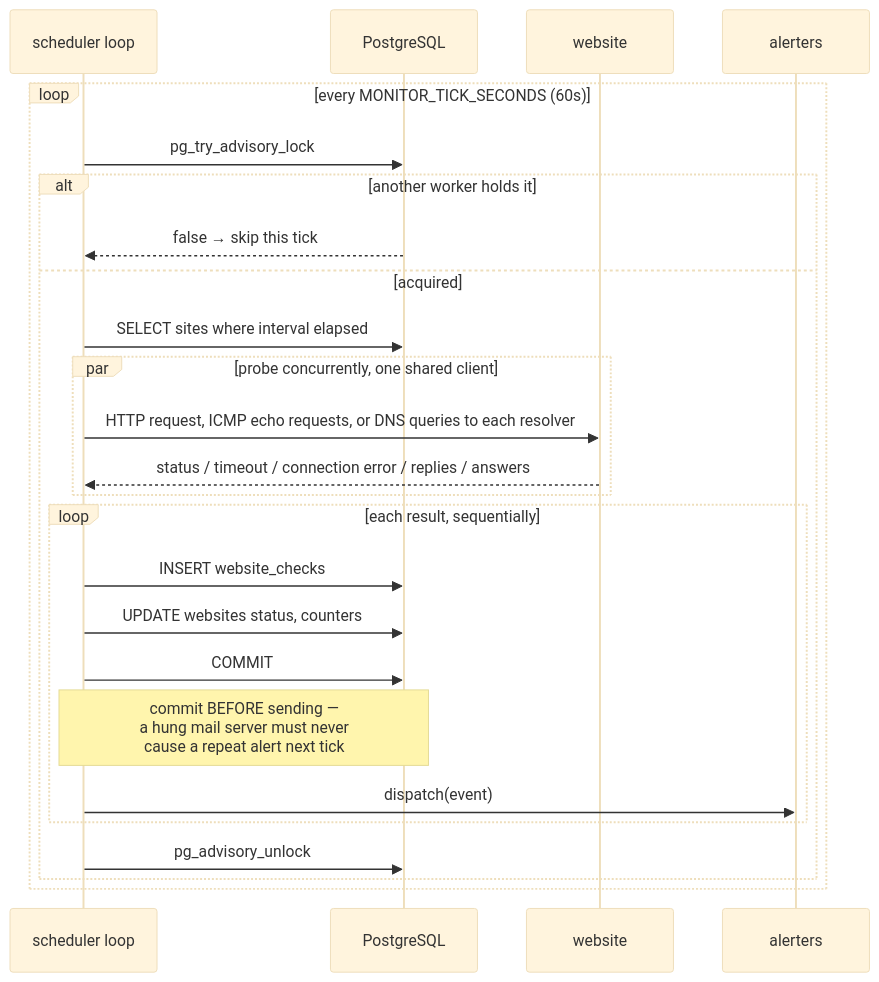
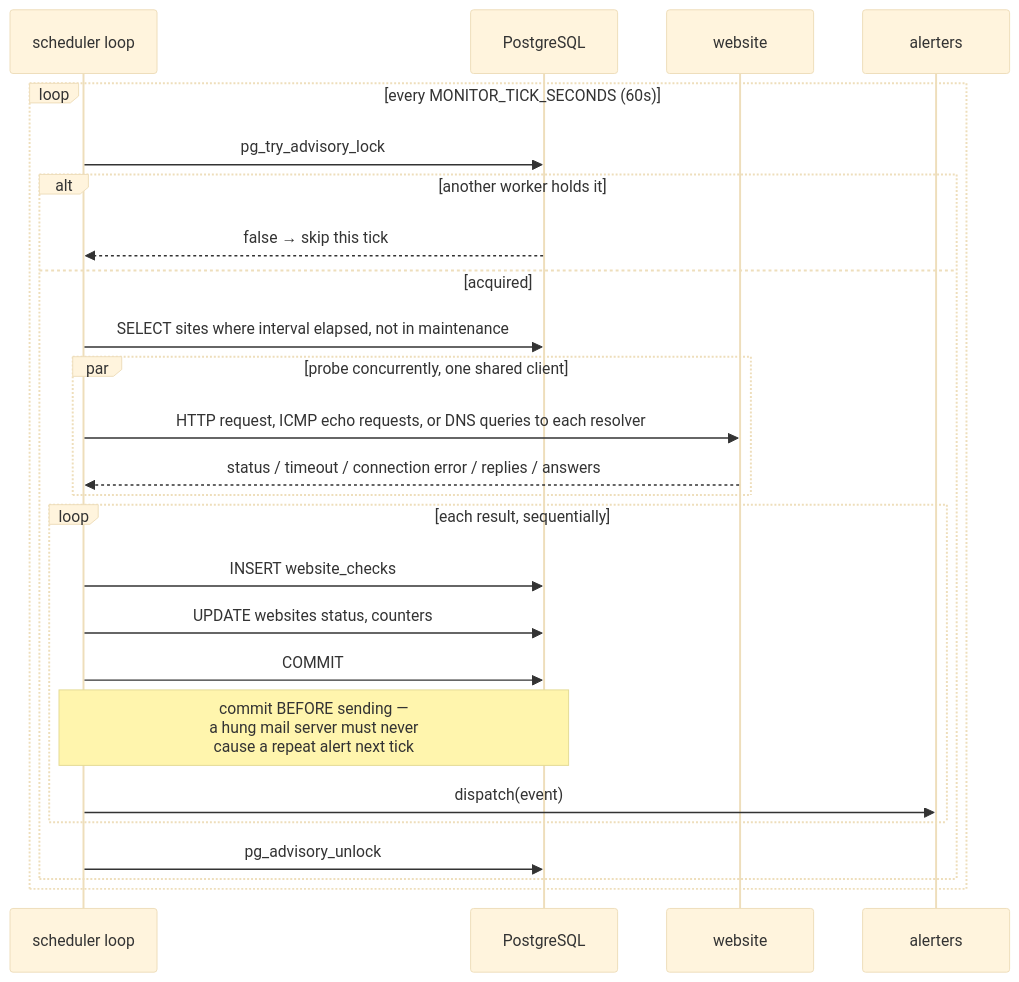
Before and after one commit to TahjibNil75/watchly: the fourth of 6 diagrams in doc/hld.md, drawn with Mermaid (base theme). The commit also changed other lines of this file and 17 other files, not shown here.

````diff
--- a/doc/hld.md
+++ b/doc/hld.md
@@ -394,28 +403,28 @@
 ```mermaid
 sequenceDiagram
     participant L as scheduler loop
     participant PG as PostgreSQL
     participant W as website
     participant A as alerters
 
     loop every MONITOR_TICK_SECONDS (60s)
         L->>PG: pg_try_advisory_lock
         alt another worker holds it
             PG-->>L: false → skip this tick
         else acquired
-            L->>PG: SELECT sites where interval elapsed
+            L->>PG: SELECT sites where interval elapsed, not in maintenance
             par probe concurrently, one shared client
                 L->>W: HTTP request, ICMP echo requests, or DNS queries to each resolver
                 W-->>L: status / timeout / connection error / replies / answers
             end
             loop each result, sequentially
                 L->>PG: INSERT website_checks
                 L->>PG: UPDATE websites status, counters
                 L->>PG: COMMIT
                 Note over L,PG: commit BEFORE sending —<br/>a hung mail server must never<br/>cause a repeat alert next tick
                 L->>A: dispatch(event)
             end
             L->>PG: pg_advisory_unlock
         end
     end
 ```
````
